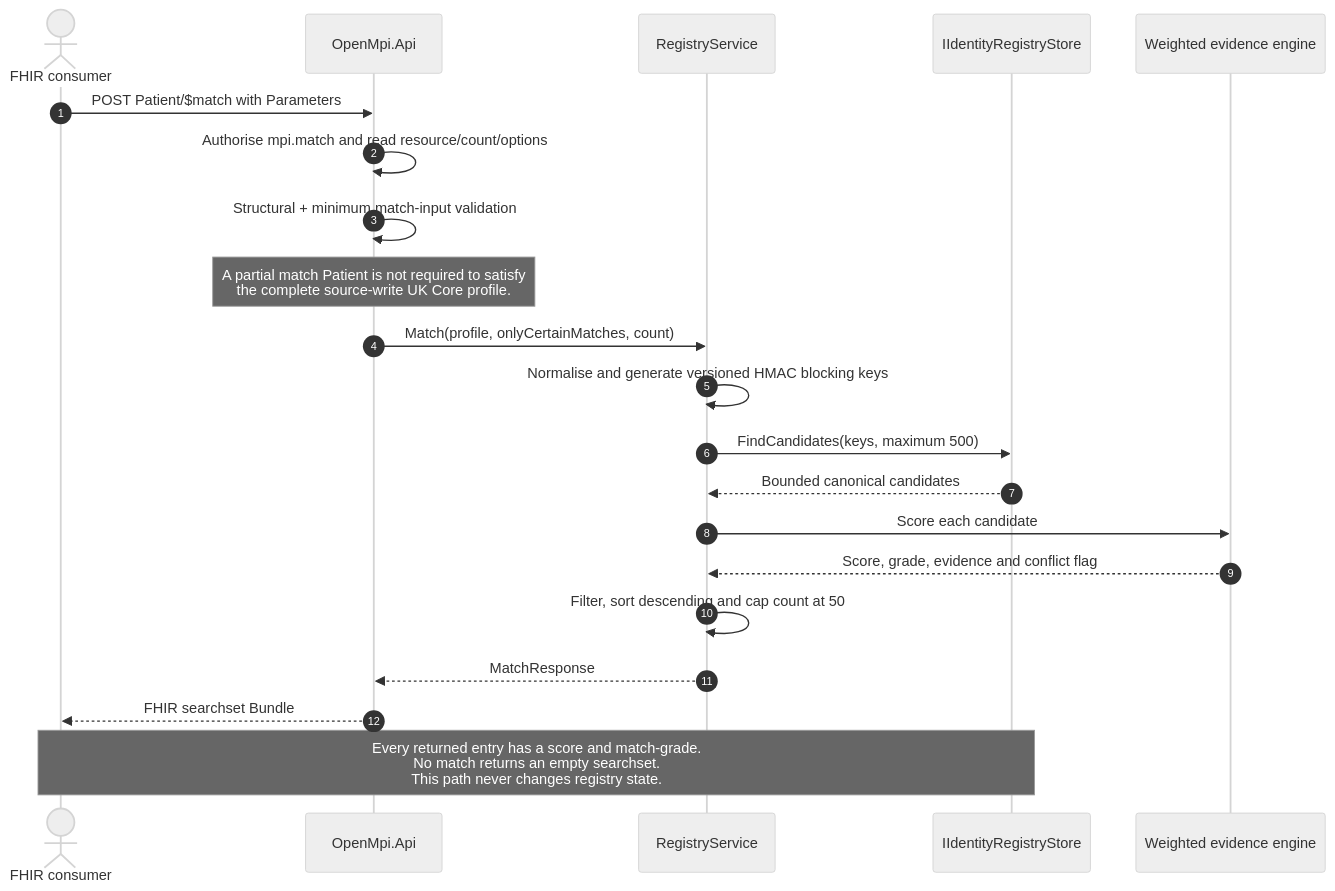
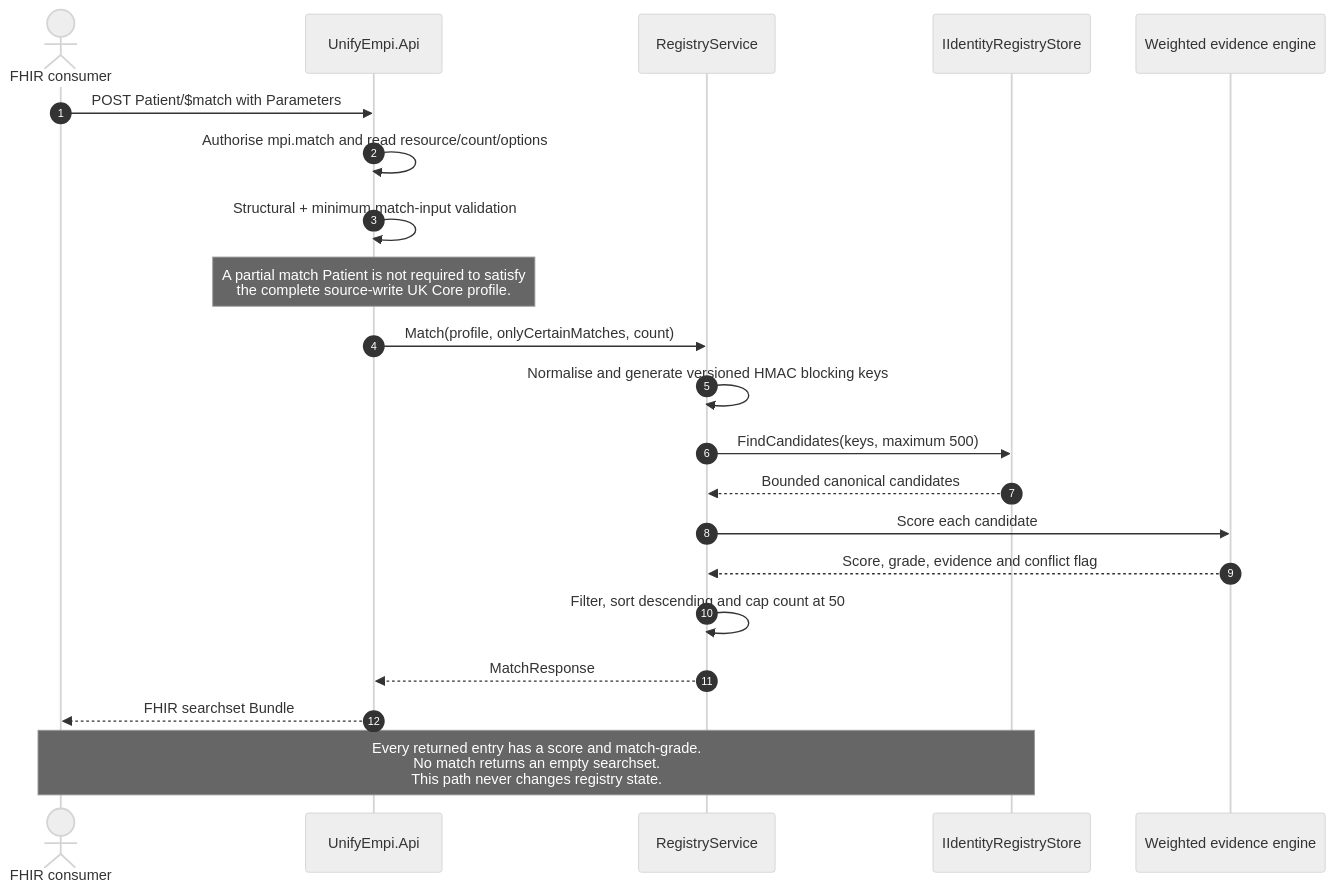
Before and after one commit to Lumbridge/FhirMpi: the fourth of 9 diagrams in docs/core-paths.md, drawn with Mermaid (neutral theme). The commit also changed other lines of this file and 308 other files, not shown here.

Commit message:
Rebrand OpenMPI as UnifyEMPI

````diff
--- a/docs/core-paths.md
+++ b/docs/core-paths.md
@@ -180,24 +180,24 @@
 ```mermaid
 sequenceDiagram
     autonumber
     actor Consumer as FHIR consumer
-    participant API as OpenMpi.Api
+    participant API as UnifyEmpi.Api
     participant Registry as RegistryService
     participant Store as IIdentityRegistryStore
     participant Matcher as Weighted evidence engine
 
     Consumer->>API: POST Patient/$match with Parameters
     API->>API: Authorise mpi.match and read resource/count/options
     API->>API: Structural + minimum match-input validation
     Note over API: A partial match Patient is not required to satisfy<br/>the complete source-write UK Core profile.
     API->>Registry: Match(profile, onlyCertainMatches, count)
     Registry->>Registry: Normalise and generate versioned HMAC blocking keys
     Registry->>Store: FindCandidates(keys, maximum 500)
     Store-->>Registry: Bounded canonical candidates
     Registry->>Matcher: Score each candidate
     Matcher-->>Registry: Score, grade, evidence and conflict flag
     Registry->>Registry: Filter, sort descending and cap count at 50
     Registry-->>API: MatchResponse
     API-->>Consumer: FHIR searchset Bundle
     Note over Consumer,Store: Every returned entry has a score and match-grade.<br/>No match returns an empty searchset.<br/>This path never changes registry state.
 ```
````
